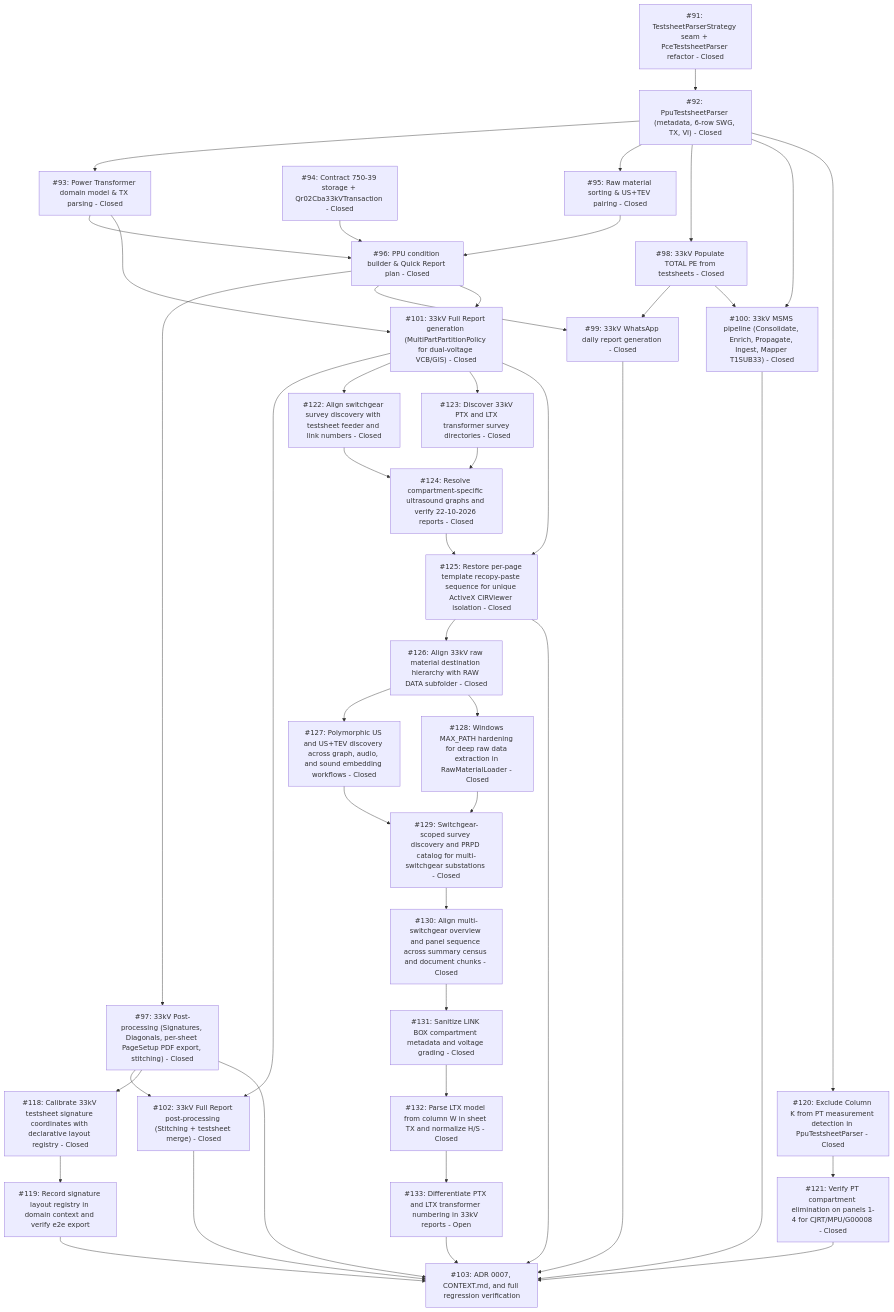
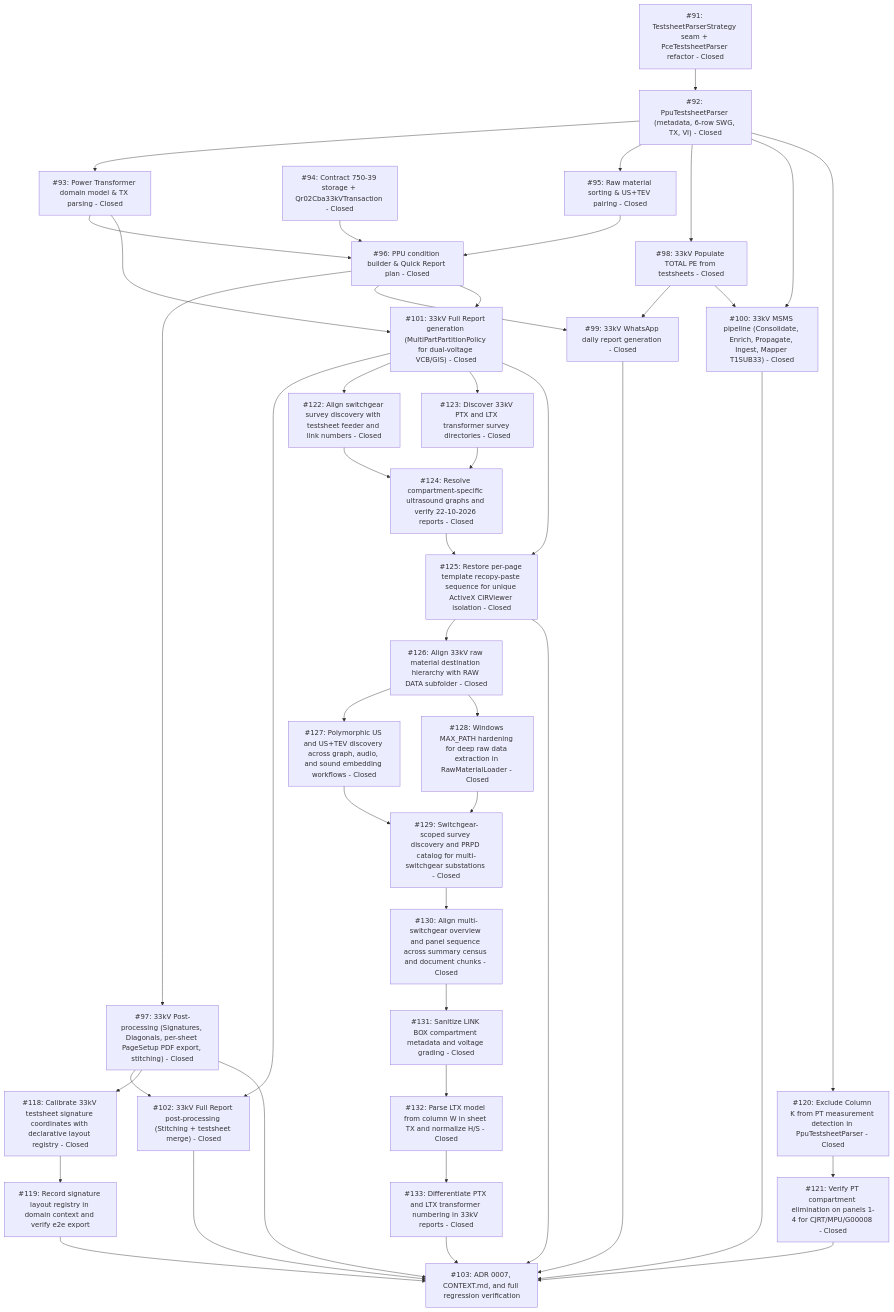
One commit to adamlarGit/pahang-cli changed the diagram in .wayfinder/33kv-system-workflow/map.md. Above: the diagram before and after it, drawn with Mermaid. The commit also changed other lines of this file and 1 other file, not shown here.

Commit message:
docs(wayfinder): close ticket #133

````diff
--- a/.wayfinder/33kv-system-workflow/map.md
+++ b/.wayfinder/33kv-system-workflow/map.md
@@ -55,76 +55,76 @@
 ```mermaid
 graph TD
     T91["#91: TestsheetParserStrategy seam + PceTestsheetParser refactor - Closed"]
     T92["#92: PpuTestsheetParser (metadata, 6-row SWG, TX, VI) - Closed"]
     T93["#93: Power Transformer domain model & TX parsing - Closed"]
     T94["#94: Contract 750-39 storage + Qr02Cba33kVTransaction - Closed"]
     T95["#95: Raw material sorting & US+TEV pairing - Closed"]
     T96["#96: PPU condition builder & Quick Report plan - Closed"]
     T97["#97: 33kV Post-processing (Signatures, Diagonals, per-sheet PageSetup PDF export, stitching) - Closed"]
     T98["#98: 33kV Populate TOTAL PE from testsheets - Closed"]
     T99["#99: 33kV WhatsApp daily report generation - Closed"]
     T100["#100: 33kV MSMS pipeline (Consolidate, Enrich, Propagate, Ingest, Mapper T1SUB33) - Closed"]
     T101["#101: 33kV Full Report generation (MultiPartPartitionPolicy for dual-voltage VCB/GIS) - Closed"]
     T102["#102: 33kV Full Report post-processing (Stitching + testsheet merge) - Closed"]
     T118["#118: Calibrate 33kV testsheet signature coordinates with declarative layout registry - Closed"]
     T119["#119: Record signature layout registry in domain context and verify e2e export"]
     T120["#120: Exclude Column K from PT measurement detection in PpuTestsheetParser - Closed"]
     T121["#121: Verify PT compartment elimination on panels 1-4 for CJRT/MPU/G00008 - Closed"]
     T122["#122: Align switchgear survey discovery with testsheet feeder and link numbers - Closed"]
     T123["#123: Discover 33kV PTX and LTX transformer survey directories - Closed"]
     T124["#124: Resolve compartment-specific ultrasound graphs and verify 22-10-2026 reports - Closed"]
     T125["#125: Restore per-page template recopy-paste sequence for unique ActiveX CIRViewer isolation - Closed"]
     T126["#126: Align 33kV raw material destination hierarchy with RAW DATA subfolder - Closed"]
     T127["#127: Polymorphic US and US+TEV discovery across graph, audio, and sound embedding workflows - Closed"]
     T128["#128: Windows MAX_PATH hardening for deep raw data extraction in RawMaterialLoader - Closed"]
     T129["#129: Switchgear-scoped survey discovery and PRPD catalog for multi-switchgear substations - Closed"]
     T130["#130: Align multi-switchgear overview and panel sequence across summary census and document chunks - Closed"]
     T131["#131: Sanitize LINK BOX compartment metadata and voltage grading - Closed"]
     T132["#132: Parse LTX model from column W in sheet TX and normalize H/S - Closed"]
-    T133["#133: Differentiate PTX and LTX transformer numbering in 33kV reports - Open"]
+    T133["#133: Differentiate PTX and LTX transformer numbering in 33kV reports - Closed"]
     T103["#103: ADR 0007, CONTEXT.md, and full regression verification"]
 
     T91 --> T92
     T92 --> T93
     T92 --> T95
     T92 --> T98
     T94 --> T96
     T93 --> T96
     T95 --> T96
     T96 --> T97
     T96 --> T99
     T98 --> T99
     T98 --> T100
     T92 --> T100
     T93 --> T101
     T96 --> T101
     T97 --> T102
     T101 --> T102
     T97 --> T118
     T118 --> T119
     T119 --> T103
     T92 --> T120
     T120 --> T121
     T121 --> T103
     T101 --> T122
     T101 --> T123
     T122 --> T124
     T123 --> T124
     T124 --> T125
     T125 --> T126
     T126 --> T127
     T126 --> T128
     T127 --> T129
     T128 --> T129
     T129 --> T130
     T130 --> T131
     T131 --> T132
     T132 --> T133
     T133 --> T103
     T101 --> T125
     T125 --> T103
     T97 --> T103
     T99 --> T103
     T100 --> T103
     T102 --> T103
 ```
````
